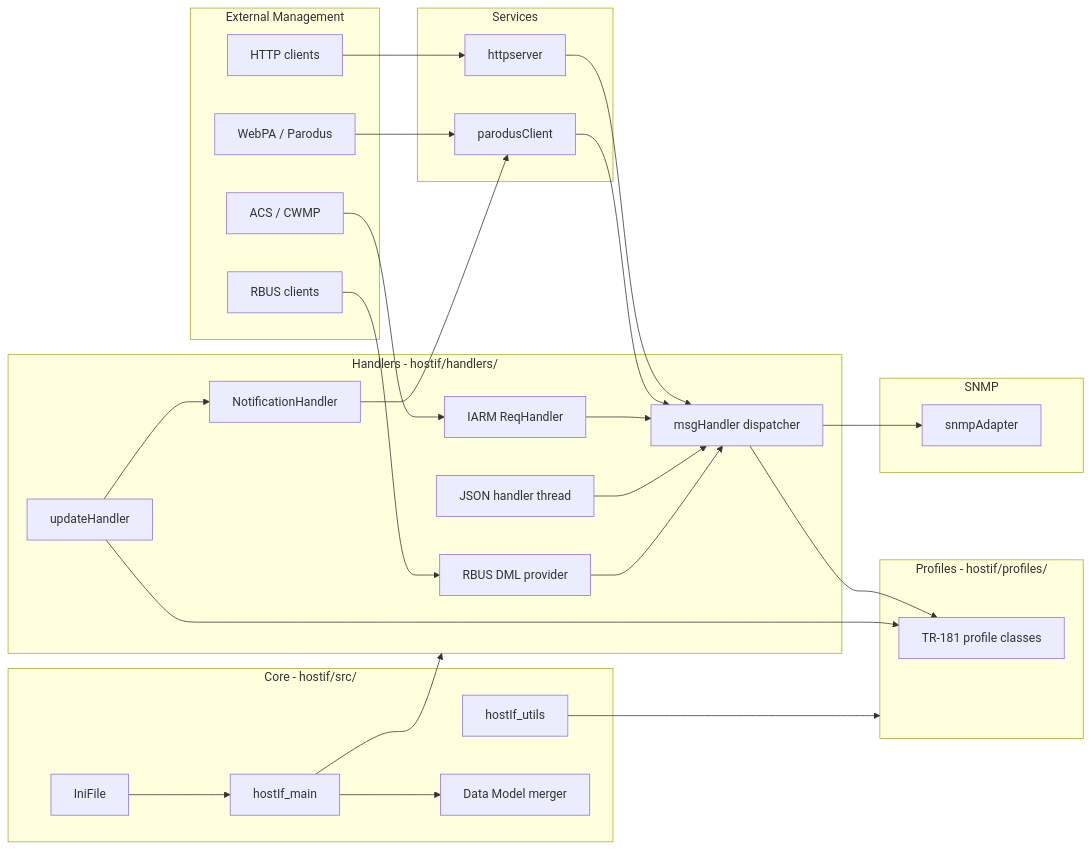
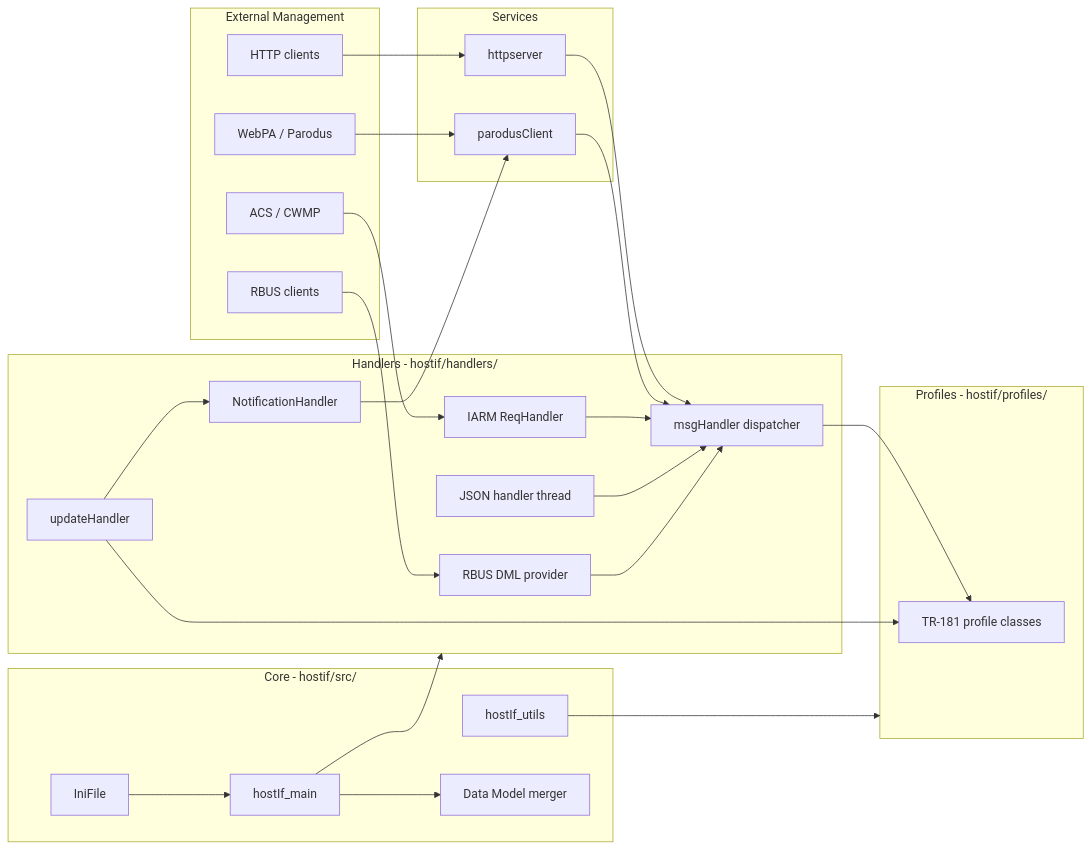
Before and after one commit to rdkcentral/tr69hostif: the fifth of 5 diagrams in src/hostif/docs/README.md, drawn with Mermaid. The commit also changed other lines of this file and 29 other files, not shown here.

````diff
--- a/src/hostif/docs/README.md
+++ b/src/hostif/docs/README.md
@@ -389,52 +384,47 @@
 ```mermaid
 graph LR
     subgraph ExternalMgmt[External Management]
         ACS[ACS / CWMP]
         WEBPA[WebPA / Parodus]
         RBUSCLIENT[RBUS clients]
         HTTPCLIENT[HTTP clients]
     end
     subgraph CoreLayer[Core - hostif/src/]
         MAIN[hostIf_main]
         UTILS[hostIf_utils]
         INI[IniFile]
         DM[Data Model merger]
     end
     subgraph HandlersLayer[Handlers - hostif/handlers/]
         IARMH[IARM ReqHandler]
         MSGDISP[msgHandler dispatcher]
         RBUSDML[RBUS DML provider]
         JSONH[JSON handler thread]
         UPDH[updateHandler]
         NOTIFH[NotificationHandler]
     end
     subgraph ServicesLayer[Services]
         HTTP[httpserver]
         PARODUS[parodusClient]
     end
     subgraph ProfilesLayer[Profiles - hostif/profiles/]
         PROFILES[TR-181 profile classes]
     end
-    subgraph SNMPLayer[SNMP]
-        SNMP[snmpAdapter]
-    end
-
     ACS --> IARMH
     HTTPCLIENT --> HTTP
     WEBPA --> PARODUS
     RBUSCLIENT --> RBUSDML
     MAIN --> HandlersLayer
     MAIN --> DM
     HTTP --> MSGDISP
     PARODUS --> MSGDISP
     IARMH --> MSGDISP
     JSONH --> MSGDISP
     RBUSDML --> MSGDISP
     MSGDISP --> PROFILES
-    MSGDISP --> SNMP
     UPDH --> PROFILES
     UPDH --> NOTIFH
     NOTIFH --> PARODUS
     UTILS --> ProfilesLayer
     INI --> MAIN
 ```
````
